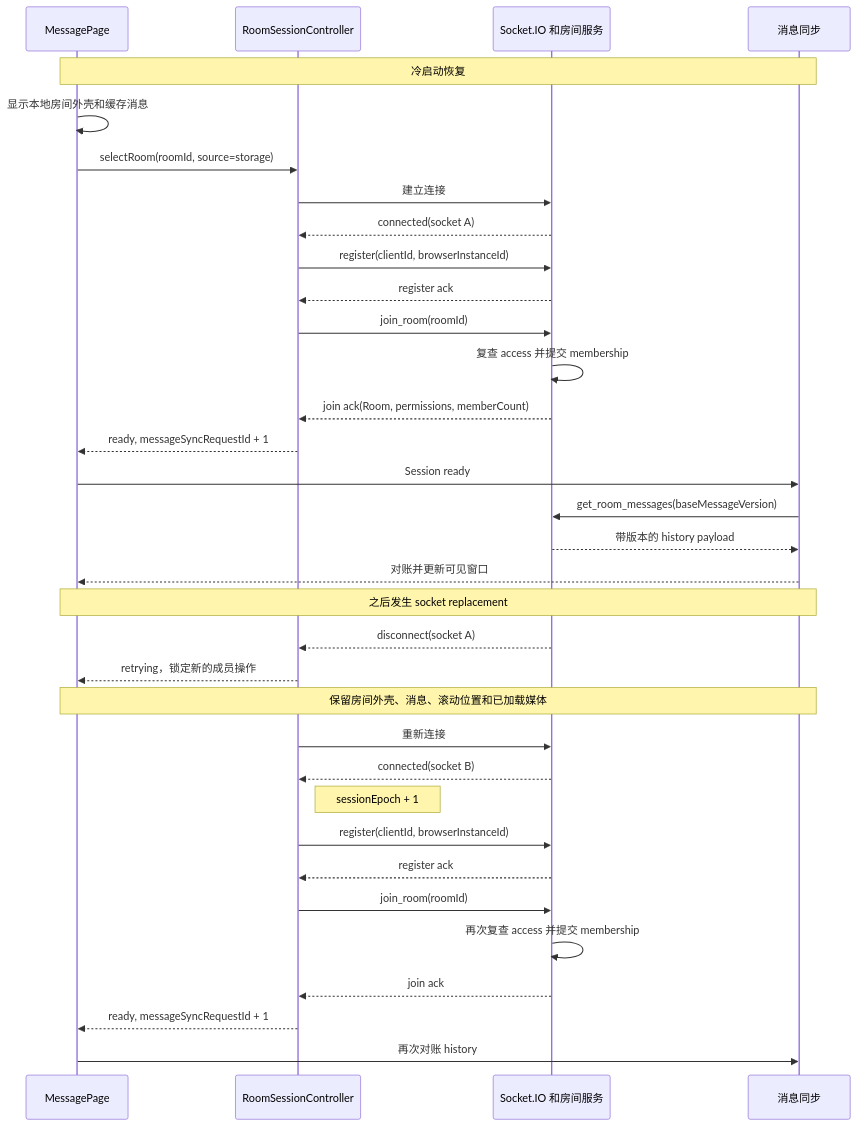
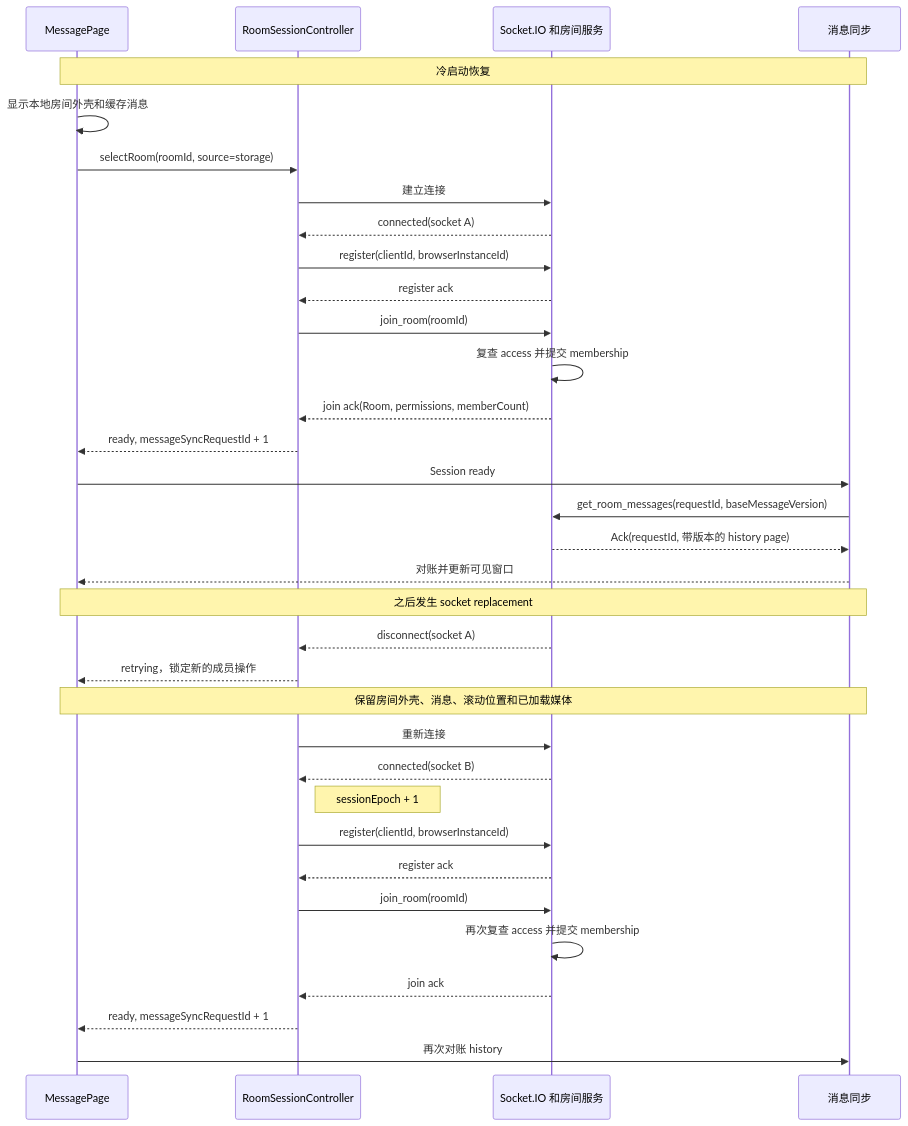
One commit to Skymore/roomtalk changed the diagram in docs/room-reliability-architecture.zh.md. Above: the diagram before and after it, drawn with Mermaid. The commit also changed other lines of this file and 23 other files, not shown here.

Commit message:
fix: converge room state and history recovery

````diff
--- a/docs/room-reliability-architecture.zh.md
+++ b/docs/room-reliability-architecture.zh.md
@@ -97,38 +99,38 @@
 ```mermaid
 sequenceDiagram
     participant Page as MessagePage
     participant Session as RoomSessionController
     participant Server as Socket.IO 和房间服务
     participant Messages as 消息同步
 
     Note over Page,Messages: 冷启动恢复
     Page->>Page: 显示本地房间外壳和缓存消息
     Page->>Session: selectRoom(roomId, source=storage)
     Session->>Server: 建立连接
     Server-->>Session: connected(socket A)
     Session->>Server: register(clientId, browserInstanceId)
     Server-->>Session: register ack
     Session->>Server: join_room(roomId)
     Server->>Server: 复查 access 并提交 membership
     Server-->>Session: join ack(Room, permissions, memberCount)
     Session-->>Page: ready, messageSyncRequestId + 1
     Page->>Messages: Session ready
-    Messages->>Server: get_room_messages(baseMessageVersion)
-    Server-->>Messages: 带版本的 history payload
+    Messages->>Server: get_room_messages(requestId, baseMessageVersion)
+    Server-->>Messages: Ack(requestId, 带版本的 history page)
     Messages-->>Page: 对账并更新可见窗口
 
     Note over Page,Messages: 之后发生 socket replacement
     Server-->>Session: disconnect(socket A)
     Session-->>Page: retrying，锁定新的成员操作
     Note over Page,Messages: 保留房间外壳、消息、滚动位置和已加载媒体
     Session->>Server: 重新连接
     Server-->>Session: connected(socket B)
     Note right of Session: sessionEpoch + 1
     Session->>Server: register(clientId, browserInstanceId)
     Server-->>Session: register ack
     Session->>Server: join_room(roomId)
     Server->>Server: 再次复查 access 并提交 membership
     Server-->>Session: join ack
     Session-->>Page: ready, messageSyncRequestId + 1
     Page->>Messages: 再次对账 history
 ```
````
